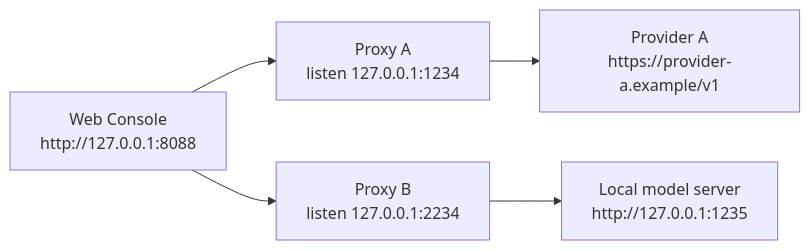
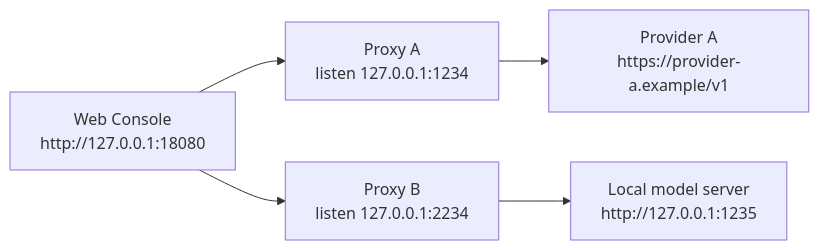
The first of 2 diagrams in README.md (hongguifeng/local_ai_proxy), drawn with Mermaid before and after one commit. The commit also changed other lines of this file and 25 other files, not shown here.

````diff
--- a/README.md
+++ b/README.md
@@ -17,7 +17,7 @@
 ```mermaid
 flowchart LR
-  UI["Web Console<br/>http://127.0.0.1:8088"] --> P1["Proxy A<br/>listen 127.0.0.1:1234"]
+  UI["Web Console<br/>http://127.0.0.1:18080"] --> P1["Proxy A<br/>listen 127.0.0.1:1234"]
   UI --> P2["Proxy B<br/>listen 127.0.0.1:2234"]
   P1 --> A1["Provider A<br/>https://provider-a.example/v1"]
   P2 --> B1["Local model server<br/>http://127.0.0.1:1235"]
 ```
````
